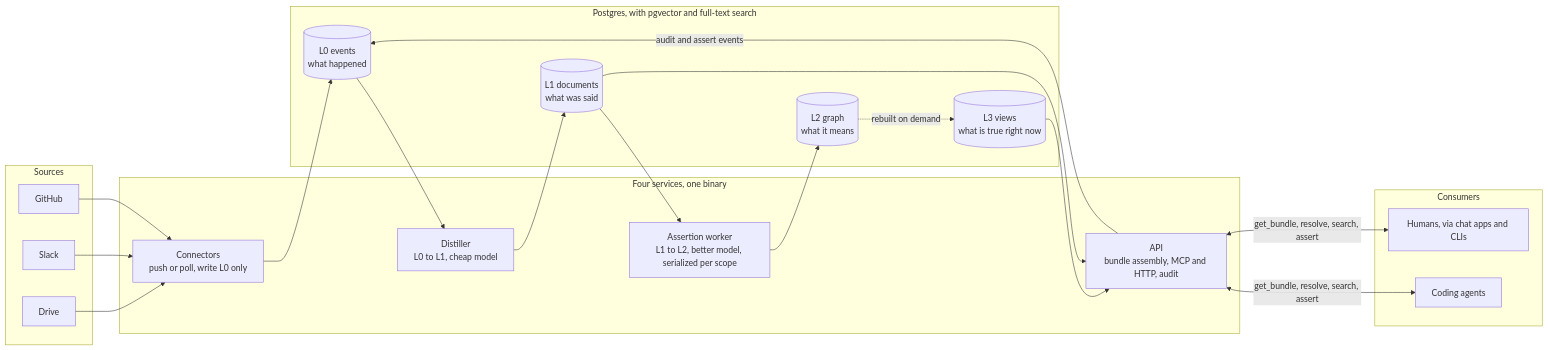
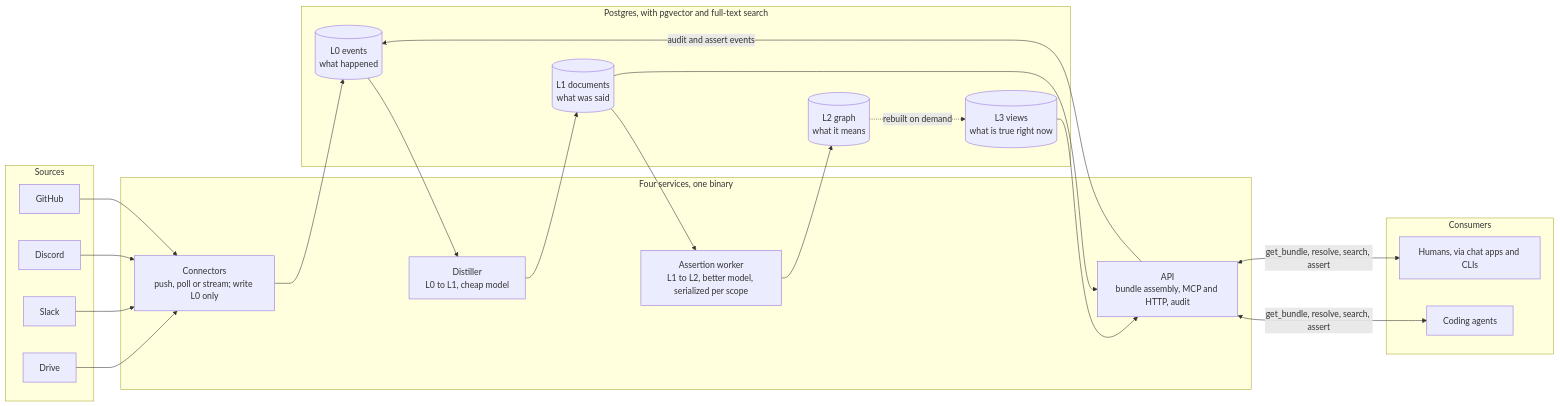
The diagram in README.md (kpenfound/hearsay), drawn with Mermaid before and after one commit. The commit also changed other lines of this file and 17 other files, not shown here.

````diff
--- a/README.md
+++ b/README.md
@@ -28,37 +28,38 @@
 ```mermaid
 flowchart LR
     subgraph sources["Sources"]
         GH["GitHub"]
+        Discord["Discord"]
         Slack["Slack"]
         Drive["Drive"]
     end
 
     subgraph services["Four services, one binary"]
-        C["Connectors<br/>push or poll, write L0 only"]
+        C["Connectors<br/>push, poll or stream; write L0 only"]
         D["Distiller<br/>L0 to L1, cheap model"]
         A["Assertion worker<br/>L1 to L2, better model, serialized per scope"]
         API["API<br/>bundle assembly, MCP and HTTP, audit"]
     end
 
     subgraph pg["Postgres, with pgvector and full-text search"]
         L0[("L0 events<br/>what happened")]
         L1[("L1 documents<br/>what was said")]
         L2[("L2 graph<br/>what it means")]
         L3[("L3 views<br/>what is true right now")]
     end
 
     subgraph consumers["Consumers"]
         Agent["Coding agents"]
         Human["Humans, via chat apps and CLIs"]
     end
 
-    GH & Slack & Drive --> C
+    GH & Discord & Slack & Drive --> C
     C --> L0
     L0 --> D --> L1
     L1 --> A --> L2
     L2 -. "rebuilt on demand" .-> L3
     L3 --> API
     L1 --> API
     API -- "audit and assert events" --> L0
     API <-- "get_bundle, resolve, search, assert" --> Agent & Human
 ```
````
